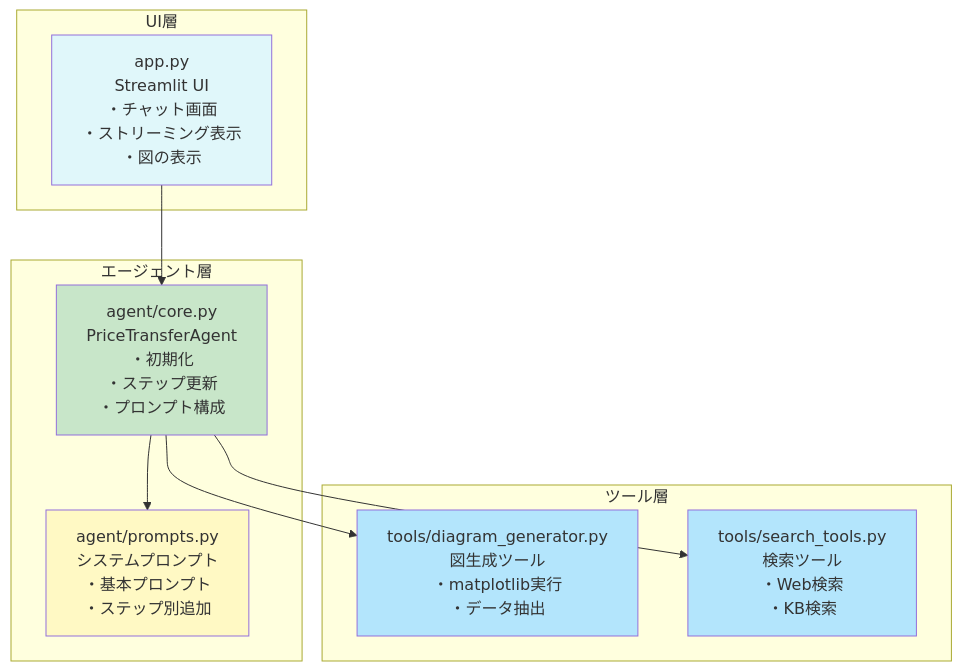
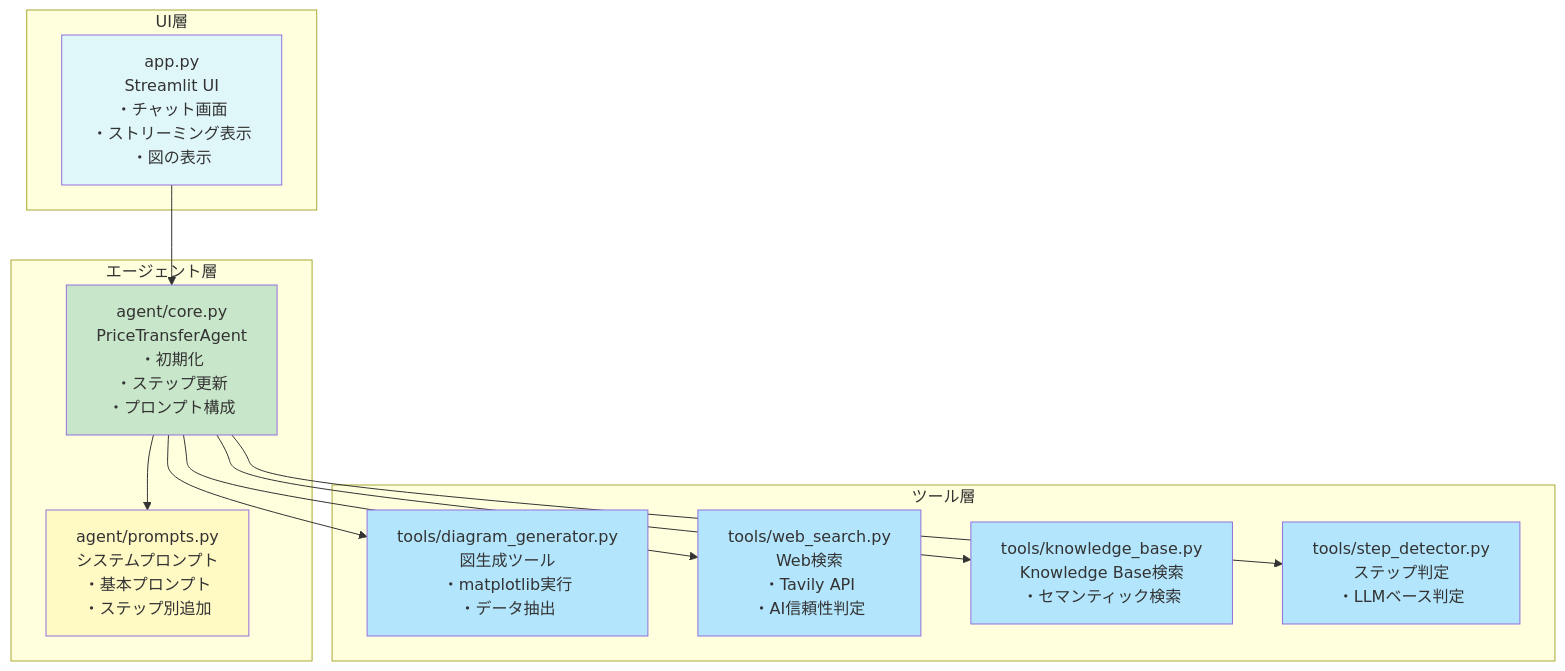
One commit to riku-to-koba/SME-Agency-Price-Transfer-Support-AI changed the fifth of 7 diagrams in ARCHITECTURE.md. Above: the diagram before and after it, drawn with Mermaid. The commit also changed other lines of this file and 11 other files, not shown here.

````diff
--- a/ARCHITECTURE.md
+++ b/ARCHITECTURE.md
@@ -125,27 +125,33 @@
 ```mermaid
 graph TB
     subgraph UI層
         APP[app.py<br/>Streamlit UI<br/>・チャット画面<br/>・ストリーミング表示<br/>・図の表示]
     end
 
     subgraph エージェント層
         CORE[agent/core.py<br/>PriceTransferAgent<br/>・初期化<br/>・ステップ更新<br/>・プロンプト構成]
         PROMPT[agent/prompts.py<br/>システムプロンプト<br/>・基本プロンプト<br/>・ステップ別追加]
     end
 
     subgraph ツール層
         DIAGRAM[tools/diagram_generator.py<br/>図生成ツール<br/>・matplotlib実行<br/>・データ抽出]
-        SEARCH[tools/search_tools.py<br/>検索ツール<br/>・Web検索<br/>・KB検索]
+        WEB[tools/web_search.py<br/>Web検索<br/>・Tavily API<br/>・AI信頼性判定]
+        KB[tools/knowledge_base.py<br/>Knowledge Base検索<br/>・セマンティック検索]
+        DETECTOR[tools/step_detector.py<br/>ステップ判定<br/>・LLMベース判定]
     end
 
     APP --> CORE
     CORE --> PROMPT
     CORE --> DIAGRAM
-    CORE --> SEARCH
+    CORE --> WEB
+    CORE --> KB
+    CORE --> DETECTOR
 
     style APP fill:#E0F7FA
     style CORE fill:#C8E6C9
     style PROMPT fill:#FFF9C4
     style DIAGRAM fill:#B3E5FC
-    style SEARCH fill:#B3E5FC
+    style WEB fill:#B3E5FC
+    style KB fill:#B3E5FC
+    style DETECTOR fill:#B3E5FC
 ```
````
